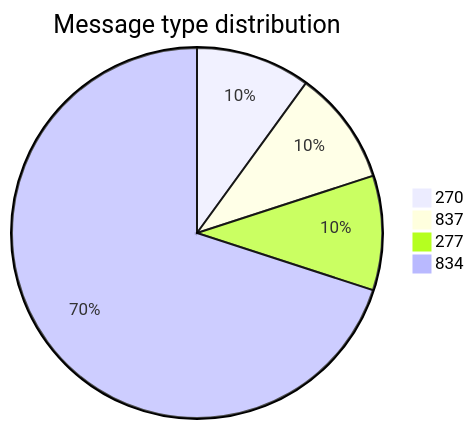
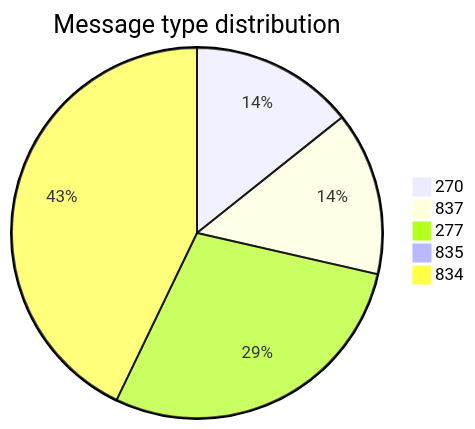
The first of 10 diagrams in test-tools/DataGen/src/Statistics_Visualizer.md (dhagan-va/intern-2025), drawn with Mermaid before and after one commit. The commit also changed other lines of this file and 5 other files, not shown here.

````diff
--- a/test-tools/DataGen/src/Statistics_Visualizer.md
+++ b/test-tools/DataGen/src/Statistics_Visualizer.md
@@ -18,7 +18,8 @@
 ```mermaid
 pie title Message type distribution
     "270" : 5
     "837" : 5
-    "277" : 5
-    "834" : 35
+    "277" : 10
+    "835" : 0
+    "834" : 15
 ```
````
